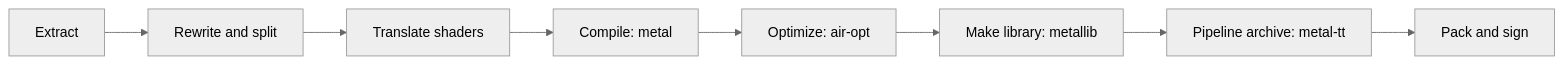
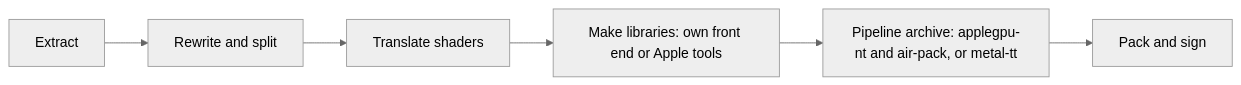
One commit to ComicBit/nxkit changed the second of 2 diagrams in README.md. Above: the diagram before and after it, drawn with Mermaid (neutral theme). The commit also changed other lines of this file and 21 other files, not shown here.

````diff
--- a/README.md
+++ b/README.md
@@ -270,10 +278,8 @@
 ```mermaid
 flowchart LR
   A["Extract"] --> B["Rewrite and split"]
   B --> C["Translate shaders"]
-  C --> D["Compile: metal"]
-  D --> E["Optimize: air-opt"]
-  E --> F["Make library: metallib"]
-  F --> G["Pipeline archive: metal-tt"]
+  C --> D["Make libraries: own front end or Apple tools"]
+  D --> G["Pipeline archive: applegpu-nt and air-pack, or metal-tt"]
   G --> H["Pack and sign"]
 ```
````
